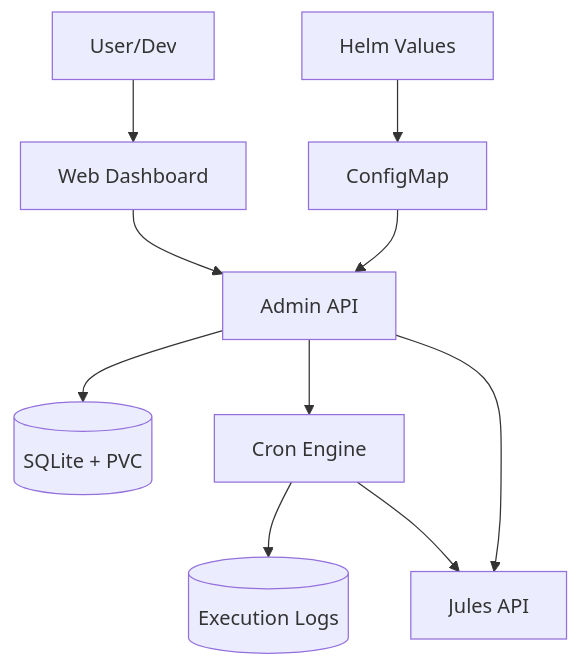
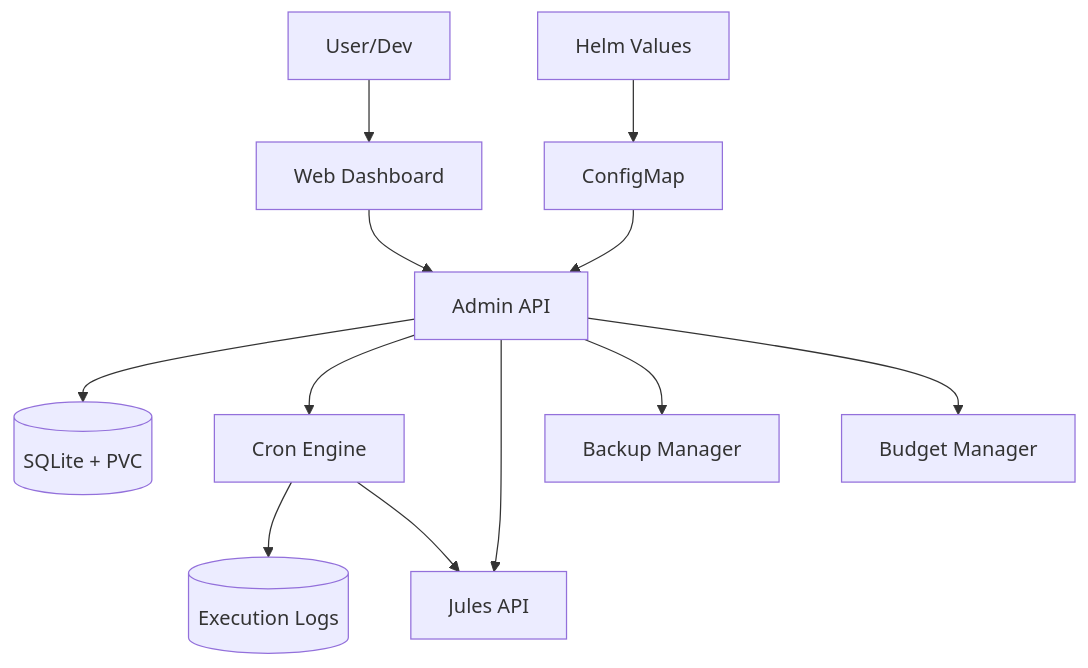
Before and after one commit to QuoteSystemX/go-agent-llm-orchestrator: the diagram in wiki/ARCHITECTURE.md, drawn with Mermaid. The commit also changed other lines of this file and 1 other file, not shown here.

Commit message:
feat: implement system backup and restore functionality with documentation updates and architectural registry changes

````diff
--- a/wiki/ARCHITECTURE.md
+++ b/wiki/ARCHITECTURE.md
@@ -11,12 +11,14 @@
 ```mermaid
 graph TD
     User[User/Dev] --> WebUI[Web Dashboard]
     WebUI --> API[Admin API]
     Helm[Helm Values] --> CM[ConfigMap]
     CM --> API
     API --> DB[(SQLite + PVC)]
     API --> Scheduler[Cron Engine]
     Scheduler --> TaskLogs[(Execution Logs)]
     API --> JulesAPI[Jules API]
     Scheduler --> JulesAPI
+    API --> Backup[Backup Manager]
+    API --> Budget[Budget Manager]
 ```
````
